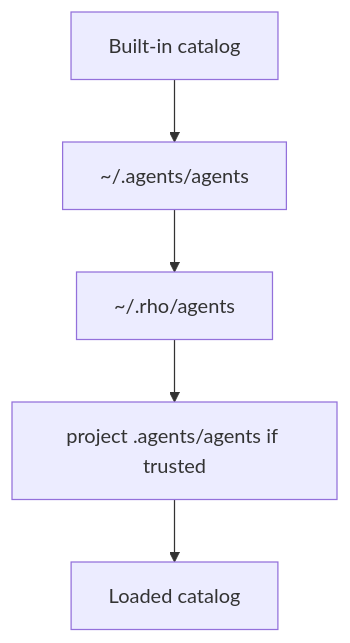
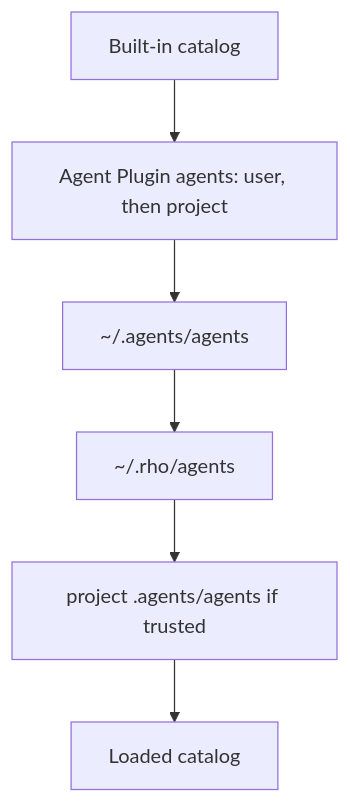
The second of 2 diagrams in docs/subagents.md (matthewyjiang/rho), drawn with Mermaid before and after one commit. The commit also changed other lines of this file and 28 other files, not shown here.

First line of the commit message:
feat(plugins): load rho agents from plugin extension directory

````diff
--- a/docs/subagents.md
+++ b/docs/subagents.md
@@ -54,7 +54,8 @@
 ```mermaid
 flowchart TD
-    builtins[Built-in catalog] --> userAgents["~/.agents/agents"]
+    builtins[Built-in catalog] --> plugins["Agent Plugin agents: user, then project"]
+    plugins --> userAgents["~/.agents/agents"]
     userAgents --> rhoAgents["~/.rho/agents"]
     rhoAgents --> project["project .agents/agents if trusted"]
     project --> catalog[Loaded catalog]
 ```
````
